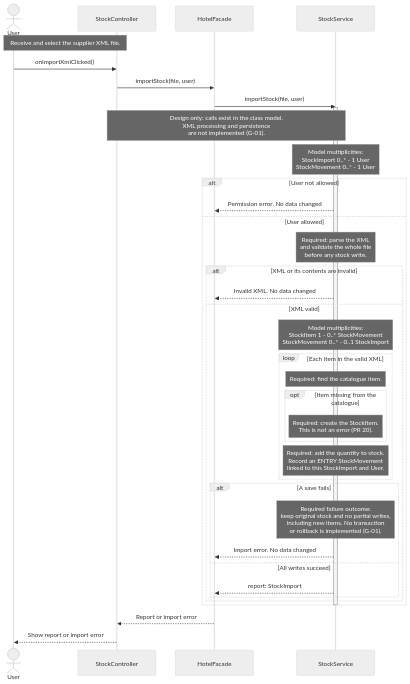
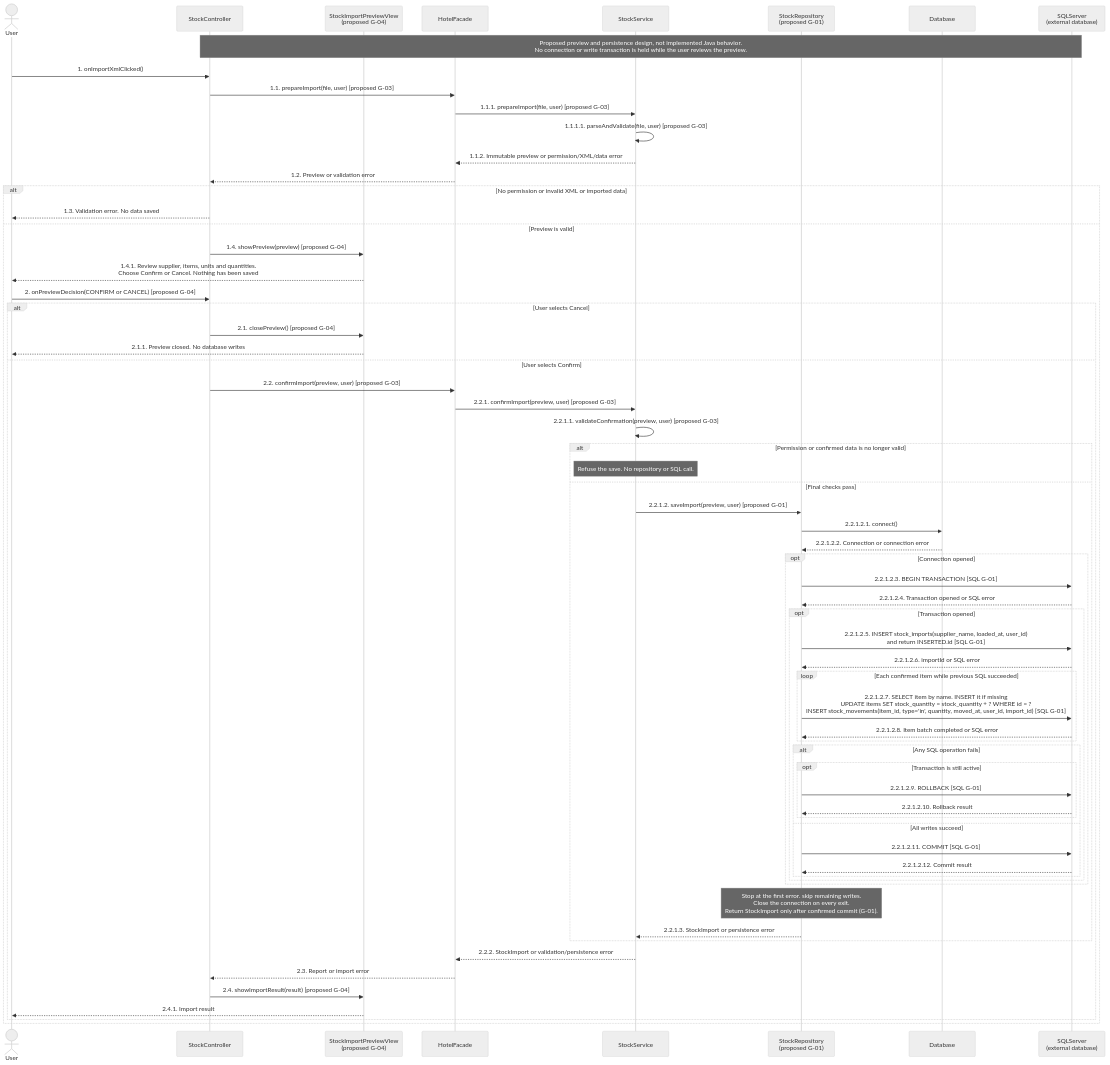
One commit to BorjaTiago/hotel4you changed the second of 2 diagrams in docs/uml/sequence-diagrams.md. Above: the diagram before and after it, drawn with Mermaid. The commit also changed other lines of this file and 1 other file, not shown here.

First line of the commit message:
H4Y-8 show database transactions and XML preview (#39)

````diff
--- a/docs/uml/sequence-diagrams.md
+++ b/docs/uml/sequence-diagrams.md
@@ -86,41 +102,68 @@
 ```mermaid
-%%{init: {"theme":"neutral","fontFamily":"Arial","sequence":{"actorFontFamily":"Arial","noteFontFamily":"Arial","messageFontFamily":"Arial","width":200,"wrap":false}}}%%
+%%{init: {"theme":"neutral","fontFamily":"Arial","sequence":{"width":170,"wrap":false}}}%%
 sequenceDiagram
     actor User
     participant SC as StockController
+    participant PV as StockImportPreviewView<br/>(proposed G-04)
     participant F as HotelFacade
     participant SS as StockService
-    Note over User,SC: Receive and select the supplier XML file.
-    User->>SC: onImportXmlClicked()
-    SC->>F: importStock(file, user)
-    F->>SS: importStock(file, user)
-    activate SS
-    Note over SC,SS: Design only: calls exist in the class model.<br/>XML processing and persistence<br/>are not implemented (G-01).
-    Note over SS: Model multiplicities:<br/>StockImport 0..* - 1 User<br/>StockMovement 0..* - 1 User
-    alt User not allowed
-        SS-->>F: Permission error. No data changed
-    else User allowed
-        Note over SS: Required: parse the XML<br/>and validate the whole file<br/>before any stock write.
-        alt XML or its contents are invalid
-            SS-->>F: Invalid XML. No data changed
-        else XML valid
-            Note over SS: Model multiplicities:<br/>StockItem 1 - 0..* StockMovement<br/>StockMovement 0..* - 0..1 StockImport
-            loop Each item in the valid XML
-                Note over SS: Required: find the catalogue item.
-                opt Item missing from the catalogue
-                    Note over SS: Required: create the StockItem.<br/>This is not an error (PR 20).
+    participant SR as StockRepository<br/>(proposed G-01)
+    participant D as Database
+    participant SQL as SQLServer<br/>(external database)
+    Note over SC,SQL: Proposed preview and persistence design, not implemented Java behavior.<br/>No connection or write transaction is held while the user reviews the preview.
+    User->>SC: 1. onImportXmlClicked()
+    SC->>F: 1.1. prepareImport(file, user) [proposed G-03]
+    F->>SS: 1.1.1. prepareImport(file, user) [proposed G-03]
+    SS->>SS: 1.1.1.1. parseAndValidate(file, user) [proposed G-03]
+    SS-->>F: 1.1.2. Immutable preview or permission/XML/data error
+    F-->>SC: 1.2. Preview or validation error
+    alt No permission or invalid XML or imported data
+        SC-->>User: 1.3. Validation error. No data saved
+    else Preview is valid
+        SC->>PV: 1.4. showPreview(preview) [proposed G-04]
+        PV-->>User: 1.4.1. Review supplier, items, units and quantities.<br/>Choose Confirm or Cancel. Nothing has been saved
+        User->>SC: 2. onPreviewDecision(CONFIRM or CANCEL) [proposed G-04]
+        alt User selects Cancel
+            SC->>PV: 2.1. closePreview() [proposed G-04]
+            PV-->>User: 2.1.1. Preview closed. No database writes
+        else User selects Confirm
+            SC->>F: 2.2. confirmImport(preview, user) [proposed G-03]
+            F->>SS: 2.2.1. confirmImport(preview, user) [proposed G-03]
+            SS->>SS: 2.2.1.1. validateConfirmation(preview, user) [proposed G-03]
+            alt Permission or confirmed data is no longer valid
+                Note over SS: Refuse the save. No repository or SQL call.
+            else Final checks pass
+                SS->>SR: 2.2.1.2. saveImport(preview, user) [proposed G-01]
+                SR->>D: 2.2.1.2.1. connect()
+                D-->>SR: 2.2.1.2.2. Connection or connection error
+                opt Connection opened
+                    SR->>SQL: 2.2.1.2.3. BEGIN TRANSACTION [SQL G-01]
+                    SQL-->>SR: 2.2.1.2.4. Transaction opened or SQL error
+                    opt Transaction opened
+                        SR->>SQL: 2.2.1.2.5. INSERT stock_imports(supplier_name, loaded_at, user_id)<br/>and return INSERTED.id [SQL G-01]
+                        SQL-->>SR: 2.2.1.2.6. importId or SQL error
+                        loop Each confirmed item while previous SQL succeeded
+                            SR->>SQL: 2.2.1.2.7. SELECT item by name. INSERT it if missing<br/>UPDATE items SET stock_quantity = stock_quantity + ? WHERE id = ?<br/>INSERT stock_movements(item_id, type='in', quantity, moved_at, user_id, import_id) [SQL G-01]
+                            SQL-->>SR: 2.2.1.2.8. Item batch completed or SQL error
+                        end
+                        alt Any SQL operation fails
+                            opt Transaction is still active
+                                SR->>SQL: 2.2.1.2.9. ROLLBACK [SQL G-01]
+                                SQL-->>SR: 2.2.1.2.10. Rollback result
+                            end
+                        else All writes succeed
+                            SR->>SQL: 2.2.1.2.11. COMMIT [SQL G-01]
+                            SQL-->>SR: 2.2.1.2.12. Commit result
+                        end
+                    end
                 end
-                Note over SS: Required: add the quantity to stock.<br/>Record an ENTRY StockMovement<br/>linked to this StockImport and User.
+                Note over SR: Stop at the first error. skip remaining writes.<br/>Close the connection on every exit.<br/>Return StockImport only after confirmed commit (G-01).
+                SR-->>SS: 2.2.1.3. StockImport or persistence error
             end
-            alt A save fails
-                Note over SS: Required failure outcome:<br/>keep original stock and no partial writes,<br/>including new items. No transaction<br/>or rollback is implemented (G-01).
-                SS-->>F: Import error. No data changed
-            else All writes succeed
-                SS-->>F: report: StockImport
-            end
+            SS-->>F: 2.2.2. StockImport or validation/persistence error
+            F-->>SC: 2.3. Report or import error
+            SC->>PV: 2.4. showImportResult(result) [proposed G-04]
+            PV-->>User: 2.4.1. Import result
         end
     end
-    deactivate SS
-    F-->>SC: Report or import error
-    SC-->>User: Show report or import error
 ```
````
